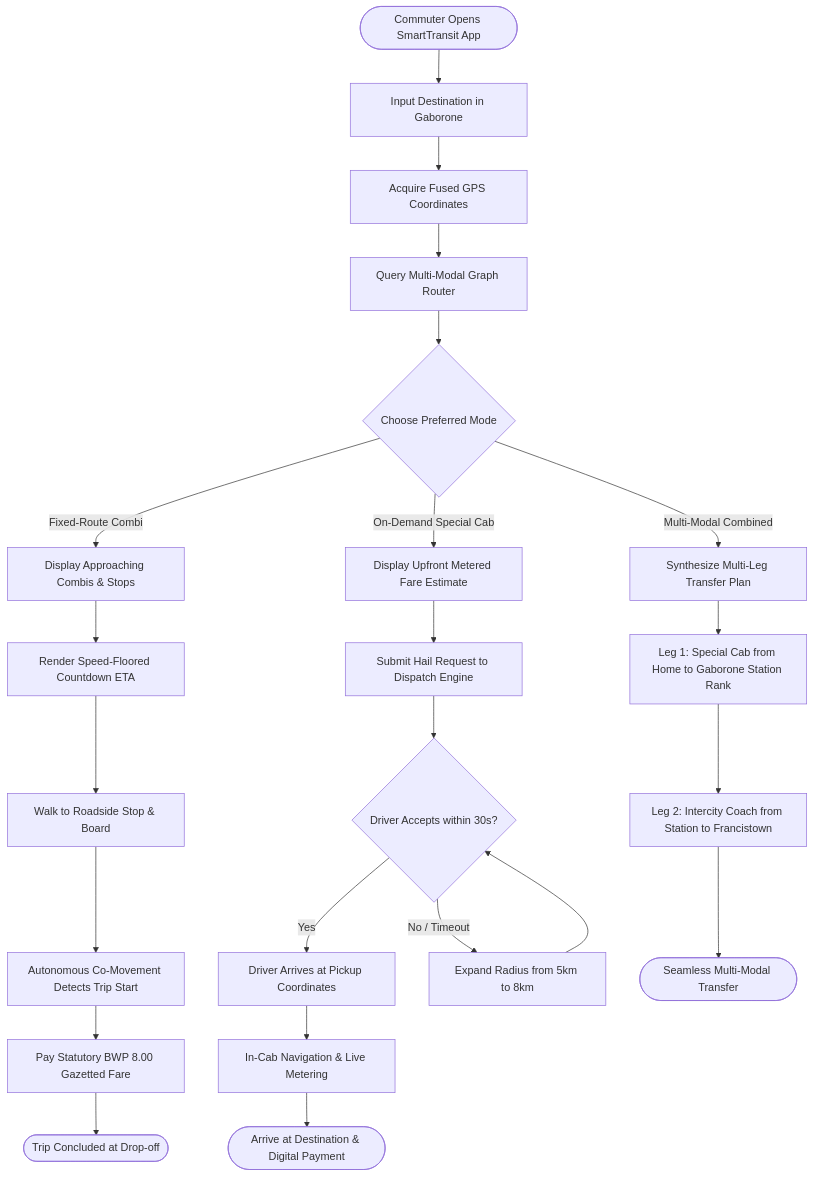
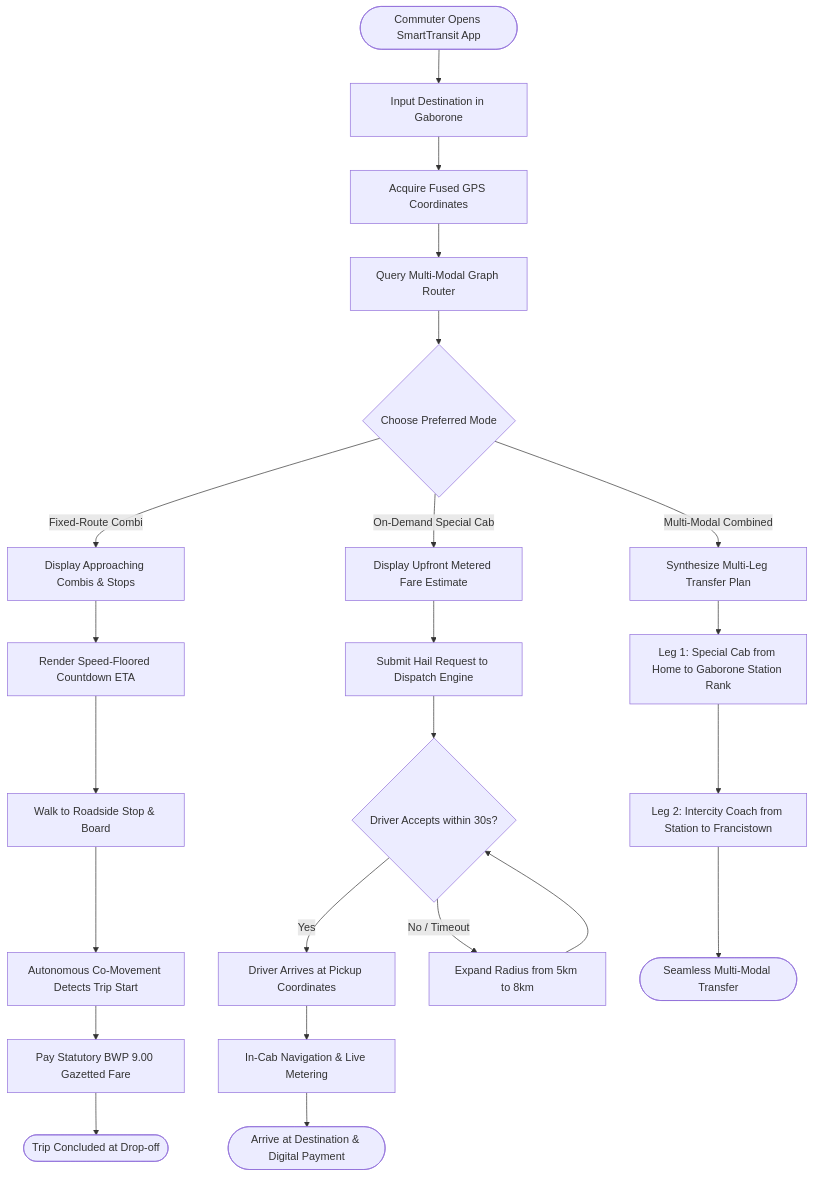
Diagram 11 of 19 in docs/system_use_cases_and_engineering_diagrams_specification.md (ABM-IX/Smart-Transit), drawn with Mermaid before and after one commit. The commit also changed other lines of this file and 70 other files, not shown here.

````diff
--- a/docs/system_use_cases_and_engineering_diagrams_specification.md
+++ b/docs/system_use_cases_and_engineering_diagrams_specification.md
@@ -578,29 +578,29 @@
 ```mermaid
 flowchart TD
     Start([Commuter Opens SmartTransit App]) --> EnterDest[Input Destination in Gaborone]
     EnterDest --> GeoLocate[Acquire Fused GPS Coordinates]
     GeoLocate --> QueryGraph[Query Multi-Modal Graph Router]
     
     QueryGraph --> ModeDecision{Choose Preferred Mode}
     
     ModeDecision -->|Fixed-Route Combi| CombiPath[Display Approaching Combis & Stops]
     CombiPath --> CombiETA[Render Speed-Floored Countdown ETA]
     CombiETA --> BoardCombi[Walk to Roadside Stop & Board]
     BoardCombi --> AutoDetect[Autonomous Co-Movement Detects Trip Start]
-    AutoDetect --> PayGazetted[Pay Statutory BWP 8.00 Gazetted Fare]
+    AutoDetect --> PayGazetted[Pay Statutory BWP 9.00 Gazetted Fare]
     PayGazetted --> EndCombi([Trip Concluded at Drop-off])
 
     ModeDecision -->|On-Demand Special Cab| CabPath[Display Upfront Metered Fare Estimate]
     CabPath --> HailCab[Submit Hail Request to Dispatch Engine]
     HailCab --> WaitForDriver{Driver Accepts within 30s?}
     WaitForDriver -->|Yes| CabArrives[Driver Arrives at Pickup Coordinates]
     WaitForDriver -->|No / Timeout| ExpandSearch[Expand Radius from 5km to 8km]
     ExpandSearch --> WaitForDriver
     CabArrives --> InTransitCab[In-Cab Navigation & Live Metering]
     InTransitCab --> EndCab([Arrive at Destination & Digital Payment])
 
     ModeDecision -->|Multi-Modal Combined| MultiPath[Synthesize Multi-Leg Transfer Plan]
     MultiPath --> Leg1[Leg 1: Special Cab from Home to Gaborone Station Rank]
     Leg1 --> Leg2[Leg 2: Intercity Coach from Station to Francistown]
     Leg2 --> EndMulti([Seamless Multi-Modal Transfer])
 ```
````
